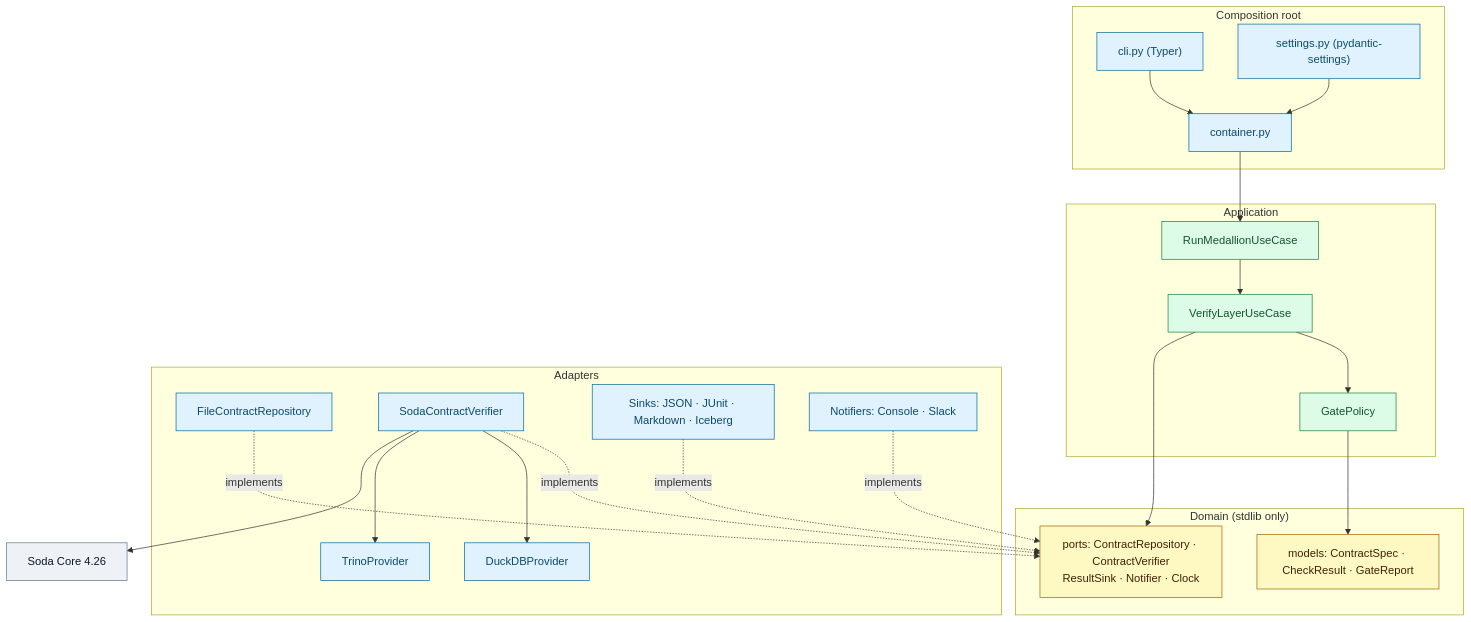
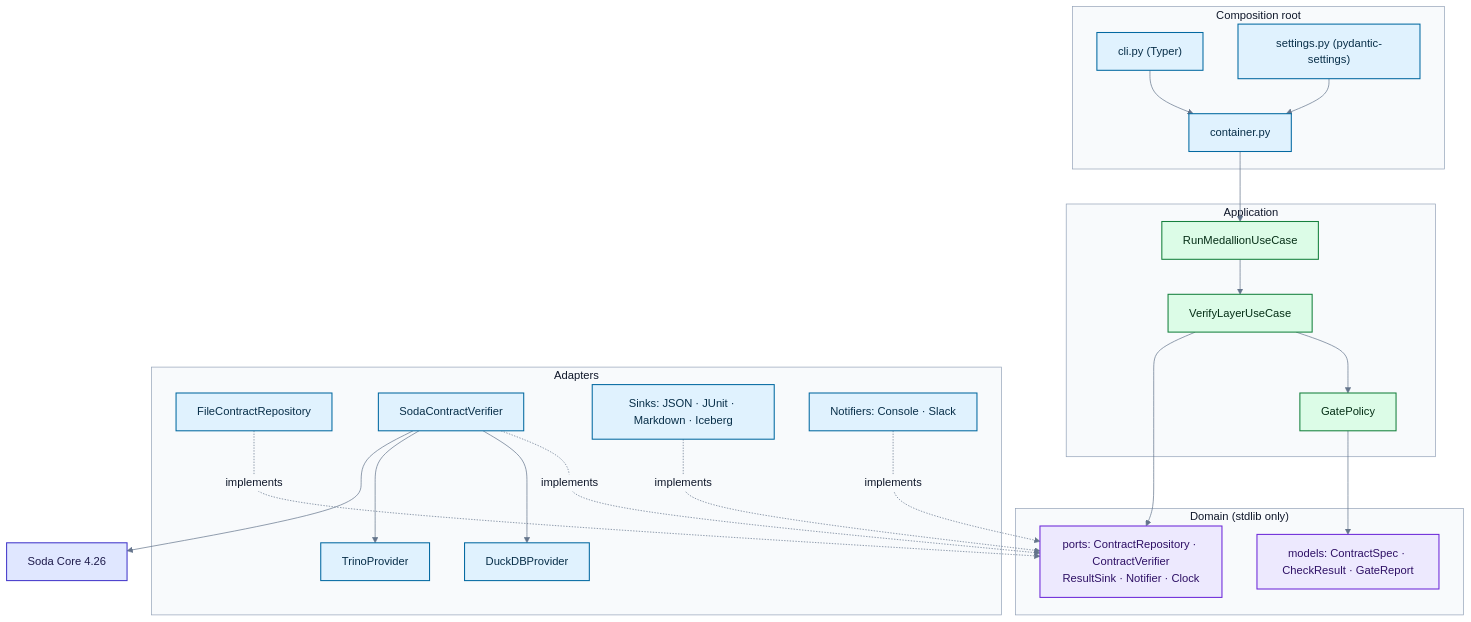
Before and after one commit to santoshshinde2012/lakehouse-quality-gates: the third of 9 diagrams in docs/architecture.md, drawn with Mermaid. The commit also changed other lines of this file and 20 other files, not shown here.

Commit message:
docs: overhaul README and architecture diagrams

````diff
--- a/docs/architecture.md
+++ b/docs/architecture.md
@@ -45,43 +122,48 @@
 ```mermaid
+%%{init: {"theme": "base", "themeVariables": {"fontFamily": "Inter, Segoe UI, Helvetica, Arial, sans-serif", "lineColor": "#64748b", "primaryTextColor": "#0f172a", "primaryColor": "#e0e7ff", "primaryBorderColor": "#4338ca", "secondaryColor": "#dcfce7", "tertiaryColor": "#f8fafc", "edgeLabelBackground": "#f8fafc", "actorBkg": "#e0e7ff", "actorBorder": "#4338ca", "noteBkgColor": "#fef3c7", "noteBorderColor": "#b45309", "signalColor": "#334155", "signalTextColor": "#0f172a"}}}%%
 flowchart TB
   subgraph COMP["Composition root"]
     CLI["cli.py (Typer)"]:::dq
     SET["settings.py (pydantic-settings)"]:::dq
     CON["container.py"]:::dq
   end
   subgraph APP["Application"]
     RM["RunMedallionUseCase"]:::gate
     VL["VerifyLayerUseCase"]:::gate
     GP["GatePolicy"]:::gate
   end
   subgraph DOM["Domain (stdlib only)"]
     M["models: ContractSpec · CheckResult · GateReport"]:::store
     P["ports: ContractRepository · ContractVerifier<br/>ResultSink · Notifier · Clock"]:::store
   end
   subgraph ADP["Adapters"]
     FR["FileContractRepository"]:::dq
     SV["SodaContractVerifier"]:::dq
     DP["DuckDBProvider"]:::dq
     TP["TrinoProvider"]:::dq
     SK["Sinks: JSON · JUnit · Markdown · Iceberg"]:::dq
     NT["Notifiers: Console · Slack"]:::dq
   end
   SODA["Soda Core 4.26"]:::ext
   CLI --> CON
   SET --> CON
   CON --> RM --> VL --> GP
   VL --> P
   GP --> M
   FR -. implements .-> P
   SV -. implements .-> P
   SK -. implements .-> P
   NT -. implements .-> P
   SV --> DP
   SV --> TP
   SV --> SODA
-  classDef ext fill:#eef2f7,stroke:#64748b,color:#0f172a
-  classDef dq fill:#e0f2fe,stroke:#0369a1,color:#0c4a6e
-  classDef store fill:#fef9c3,stroke:#a16207,color:#422006
-  classDef gate fill:#dcfce7,stroke:#15803d,color:#14532d
-  classDef fail fill:#fee2e2,stroke:#b91c1c,color:#7f1d1d
+  classDef ext fill:#e0e7ff,stroke:#4338ca,stroke-width:1.5px,color:#1e1b4b
+  classDef dq fill:#e0f2fe,stroke:#0369a1,stroke-width:1.5px,color:#082f49
+  classDef store fill:#ede9fe,stroke:#6d28d9,stroke-width:1.5px,color:#2e1065
+  classDef gate fill:#dcfce7,stroke:#15803d,stroke-width:1.5px,color:#052e16
+  classDef fail fill:#fee2e2,stroke:#b91c1c,stroke-width:1.5px,color:#450a0a
+  style COMP fill:#f8fafc,stroke:#94a3b8,color:#0f172a
+  style APP fill:#f8fafc,stroke:#94a3b8,color:#0f172a
+  style DOM fill:#f8fafc,stroke:#94a3b8,color:#0f172a
+  style ADP fill:#f8fafc,stroke:#94a3b8,color:#0f172a
 ```
````
